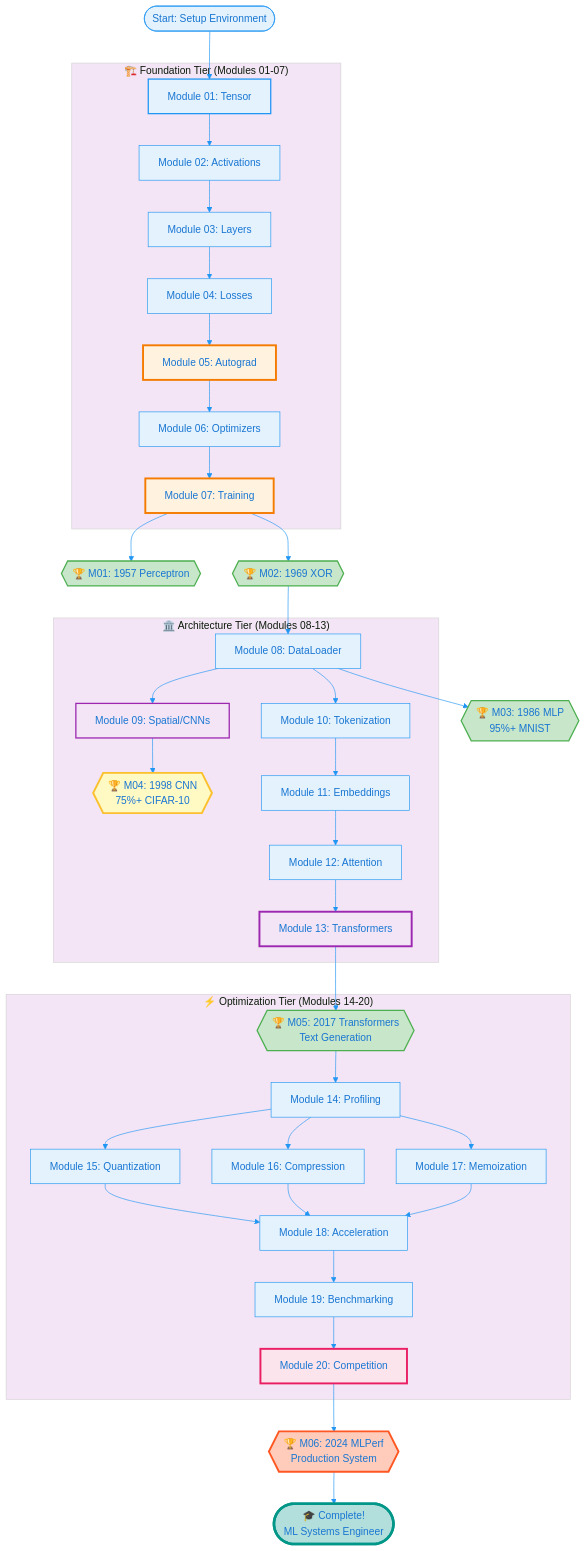
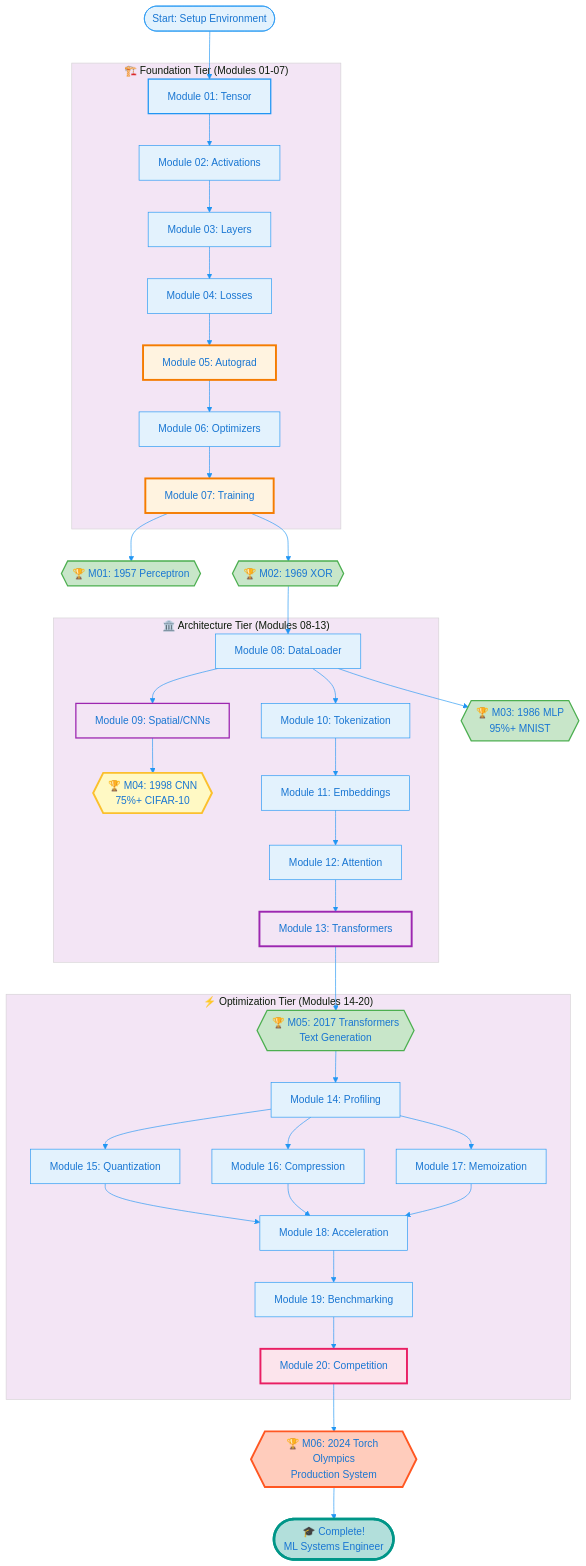
One commit to MLSysBook/TinyTorch changed the first of 11 diagrams in site/learning-journey-visual.md. Above: the diagram before and after it, drawn with Mermaid. The commit also changed 27 other files, not shown here.

````diff
--- a/site/learning-journey-visual.md
+++ b/site/learning-journey-visual.md
@@ -14,64 +14,64 @@
 ```{mermaid}
 %%{init: {'theme':'base', 'themeVariables': { 'primaryColor':'#e3f2fd','primaryTextColor':'#1976d2','primaryBorderColor':'#2196f3','lineColor':'#2196f3','secondaryColor':'#fff3e0','tertiaryColor':'#f3e5f5'}}}%%
 
 flowchart TB
     Start([Start: Setup Environment]) --> M01[Module 01: Tensor]
 
     subgraph Foundation["🏗️ Foundation Tier (Modules 01-07)"]
         M01 --> M02[Module 02: Activations]
         M02 --> M03[Module 03: Layers]
         M03 --> M04[Module 04: Losses]
         M04 --> M05[Module 05: Autograd]
         M05 --> M06[Module 06: Optimizers]
         M06 --> M07[Module 07: Training]
     end
 
     M07 --> MS01{{"🏆 M01: 1957 Perceptron"}}
     M07 --> MS02{{"🏆 M02: 1969 XOR"}}
 
     MS02 --> M08[Module 08: DataLoader]
 
     M08 --> MS03{{"🏆 M03: 1986 MLP<br/>95%+ MNIST"}}
 
     subgraph Architecture["🏛️ Architecture Tier (Modules 08-13)"]
         M08 --> M09[Module 09: Spatial/CNNs]
         M08 --> M10[Module 10: Tokenization]
 
         M09 --> MS04{{"🏆 M04: 1998 CNN<br/>75%+ CIFAR-10"}}
 
         M10 --> M11[Module 11: Embeddings]
         M11 --> M12[Module 12: Attention]
         M12 --> M13[Module 13: Transformers]
     end
 
     M13 --> MS05{{"🏆 M05: 2017 Transformers<br/>Text Generation"}}
 
     subgraph Optimization["⚡ Optimization Tier (Modules 14-20)"]
         MS05 --> M14[Module 14: Profiling]
         M14 --> M15[Module 15: Quantization]
         M14 --> M16[Module 16: Compression]
         M14 --> M17[Module 17: Memoization]
         M15 --> M18[Module 18: Acceleration]
         M16 --> M18
         M17 --> M18
         M18 --> M19[Module 19: Benchmarking]
         M19 --> M20[Module 20: Competition]
     end
 
-    M20 --> MS06{{"🏆 M06: 2024 MLPerf<br/>Production System"}}
+    M20 --> MS06{{"🏆 M06: 2024 Torch Olympics<br/>Production System"}}
     MS06 --> Complete([🎓 Complete!<br/>ML Systems Engineer])
 
     style M01 fill:#e3f2fd,stroke:#2196f3,stroke-width:2px
     style M05 fill:#fff3e0,stroke:#f57c00,stroke-width:3px
     style M07 fill:#fff3e0,stroke:#f57c00,stroke-width:3px
     style M09 fill:#f3e5f5,stroke:#9c27b0,stroke-width:2px
     style M13 fill:#f3e5f5,stroke:#9c27b0,stroke-width:3px
     style M20 fill:#fce4ec,stroke:#e91e63,stroke-width:3px
     style MS01 fill:#c8e6c9,stroke:#4caf50,stroke-width:2px
     style MS02 fill:#c8e6c9,stroke:#4caf50,stroke-width:2px
     style MS03 fill:#c8e6c9,stroke:#4caf50,stroke-width:2px
     style MS04 fill:#fff9c4,stroke:#fbc02d,stroke-width:3px
     style MS05 fill:#c8e6c9,stroke:#4caf50,stroke-width:2px
     style MS06 fill:#ffccbc,stroke:#ff5722,stroke-width:3px
     style Complete fill:#b2dfdb,stroke:#009688,stroke-width:4px
 ```
````
